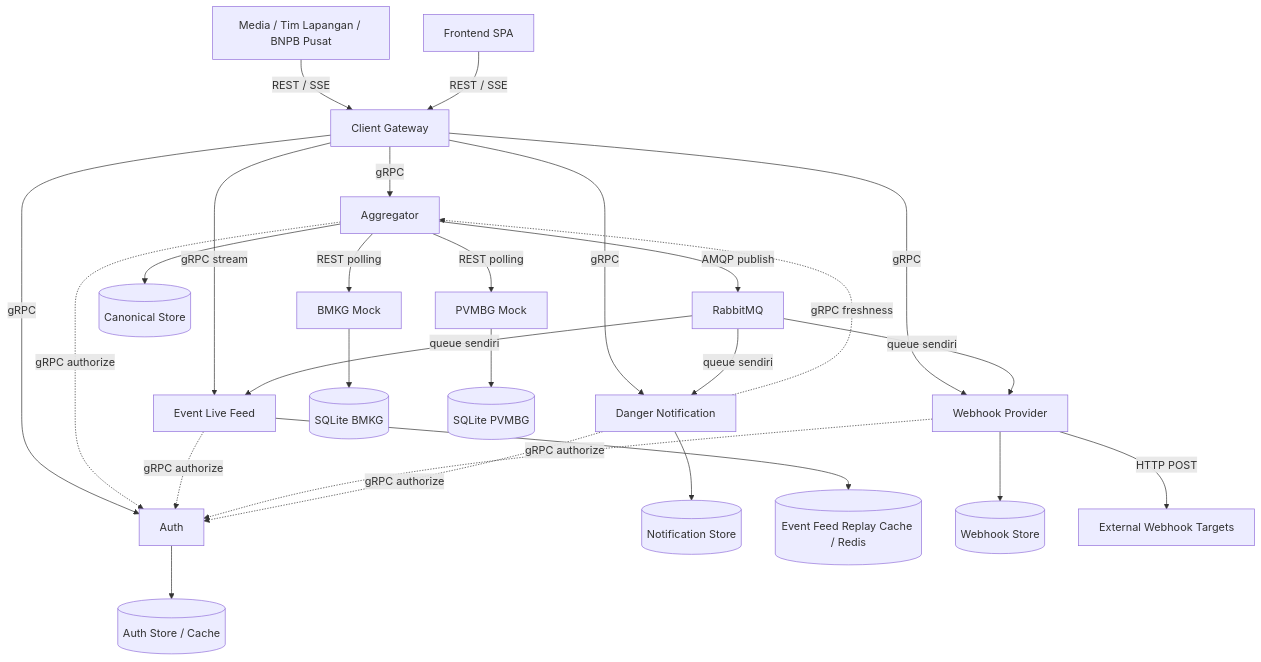
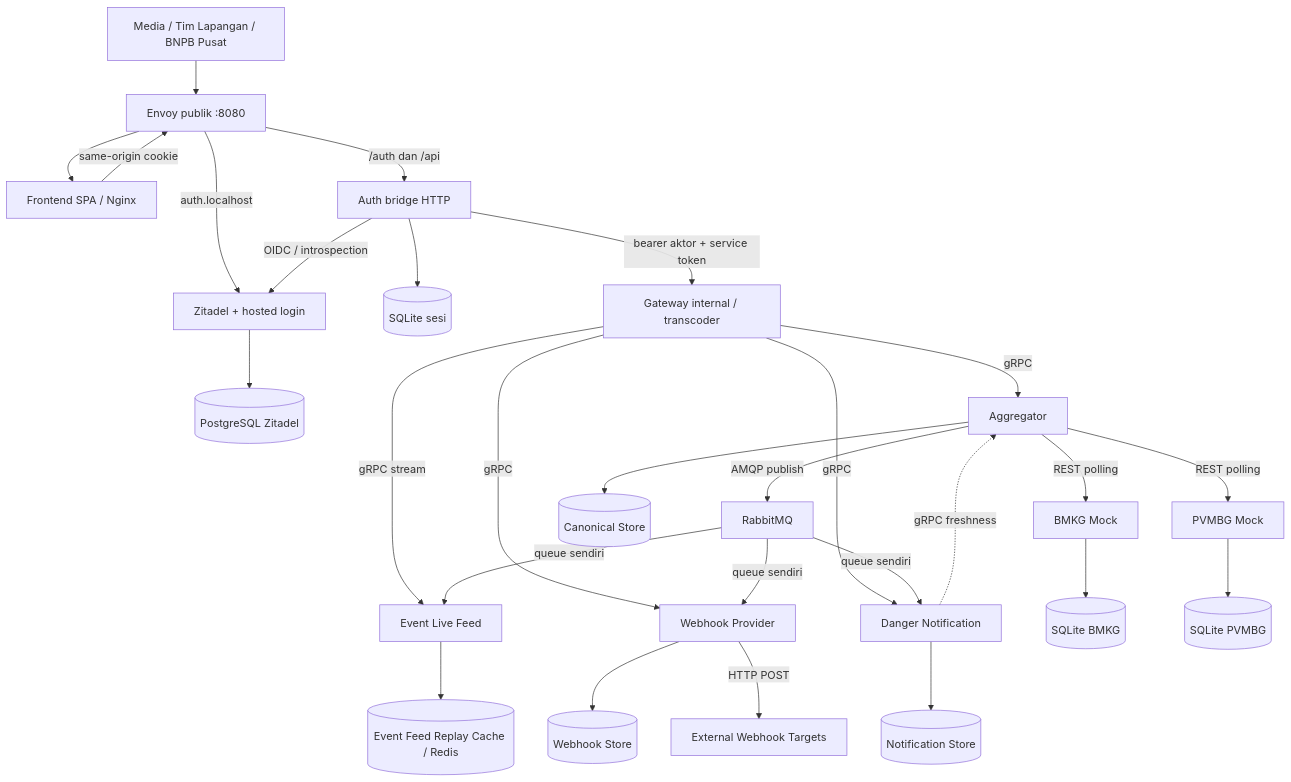
Before and after one commit to Azzkaaaa/Tugas-Besar-AAT-M1: the diagram in docs/architecture.md, drawn with Mermaid. The commit also changed other lines of this file and 53 other files, not shown here.

Commit message:
feat: add auth and update UI/UX frontend

````diff
--- a/docs/architecture.md
+++ b/docs/architecture.md
@@ -10,29 +12,30 @@
 ```mermaid
 flowchart TB
-  clients[Media / Tim Lapangan / BNPB Pusat] -->|REST / SSE| gateway
-  spa[Frontend SPA] -->|REST / SSE| gateway[Client Gateway]
+  clients[Media / Tim Lapangan / BNPB Pusat] --> edge[Envoy publik :8080]
+  edge --> spa[Frontend SPA / Nginx]
+  edge -->|/auth dan /api| auth[Auth bridge HTTP]
+  spa -->|same-origin cookie| edge
+  edge -->|auth.localhost| idp[Zitadel + hosted login]
+  auth -->|OIDC / introspection| idp
+  idp --> idpdb[(PostgreSQL Zitadel)]
+  auth --> authdb[(SQLite sesi)]
+  auth -->|bearer aktor + service token| gateway[Gateway internal / transcoder]
   gateway -->|gRPC| aggregator[Aggregator]
-  gateway -->|gRPC| auth[Auth]
   gateway -->|gRPC stream| eventfeed[Event Live Feed]
   gateway -->|gRPC| webhook[Webhook Provider]
   gateway -->|gRPC| notification[Danger Notification]
   aggregator -->|REST polling| bmkg[BMKG Mock]
   aggregator -->|REST polling| pvmbg[PVMBG Mock]
   aggregator --> canonical[(Canonical Store)]
   bmkg --> bmkgdb[(SQLite BMKG)]
   pvmbg --> pvmbgdb[(SQLite PVMBG)]
-  auth --> authdb[(Auth Store / Cache)]
   notification --> notificationdb[(Notification Store)]
   eventfeed --> eventfeedcache[(Event Feed Replay Cache / Redis)]
   webhook --> webhookdb[(Webhook Store)]
   webhook -->|HTTP POST| externalwebhooks[External Webhook Targets]
   aggregator -->|AMQP publish| broker[RabbitMQ]
   broker -->|queue sendiri| eventfeed
   broker -->|queue sendiri| webhook
   broker -->|queue sendiri| notification
-  aggregator -.->|gRPC authorize| auth
-  eventfeed -.->|gRPC authorize| auth
-  webhook -.->|gRPC authorize| auth
-  notification -.->|gRPC authorize| auth
   notification -.->|gRPC freshness| aggregator
 ```
````
